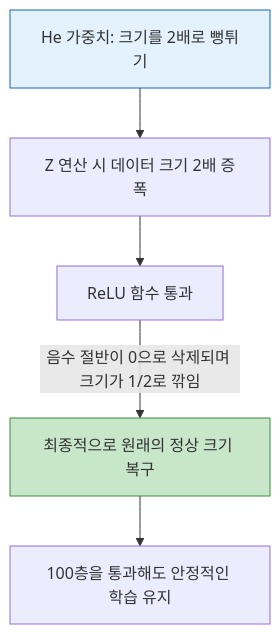
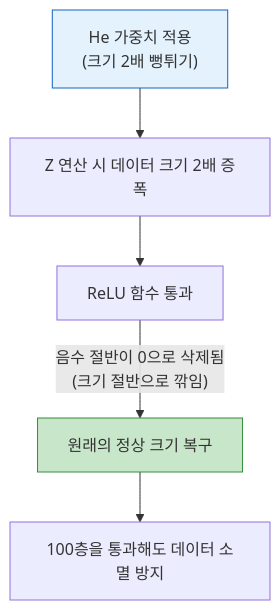
Before and after one commit to shinwokkang/Deep-Learning-with-TensorFlow-Keras-and-PyTorch: the third of 3 diagrams in Lesson 3_ High-Performance Deep Learning Networks/03_1_Weight_Initialization.md, drawn with Mermaid. The commit also changed other lines of this file, not shown here.

Commit message:
docs: Completely rewrite 3.1 Weight Init for beginners, fix mermaid bugs, and add code examples

````diff
--- a/Lesson 3_ High-Performance Deep Learning Networks/03_1_Weight_Initialization.md
+++ b/Lesson 3_ High-Performance Deep Learning Networks/03_1_Weight_Initialization.md
@@ -121,9 +121,9 @@
 ```mermaid
 flowchart TD
-    W[He 가중치: 크기를 2배로 뻥튀기] --> Z[Z 연산 시 데이터 크기 2배 증폭]
-    Z --> R[ReLU 함수 통과]
-    R -->|음수 절반이 0으로 삭제되며 크기가 1/2로 깎임| O[최종적으로 원래의 정상 크기 복구]
-    O --> L[100층을 통과해도 안정적인 학습 유지]
+    W["He 가중치 적용<br>(크기 2배 뻥튀기)"] --> Z["Z 연산 시 데이터 크기 2배 증폭"]
+    Z --> R["ReLU 함수 통과"]
+    R --> |"음수 절반이 0으로 삭제됨<br>(크기 절반으로 깎임)"| O["원래의 정상 크기 복구"]
+    O --> L["100층을 통과해도 데이터 소멸 방지"]
     style W fill:#e3f2fd,stroke:#1565c0
     style O fill:#c8e6c9,stroke:#388e3c
 ```
````
